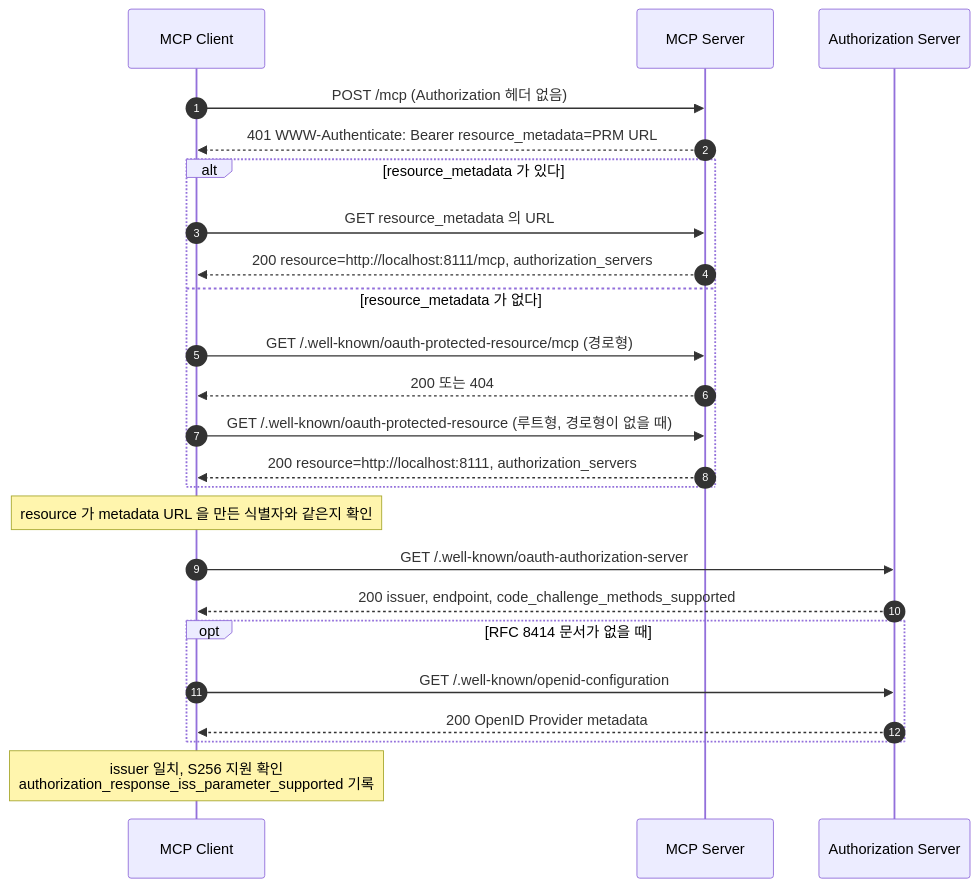
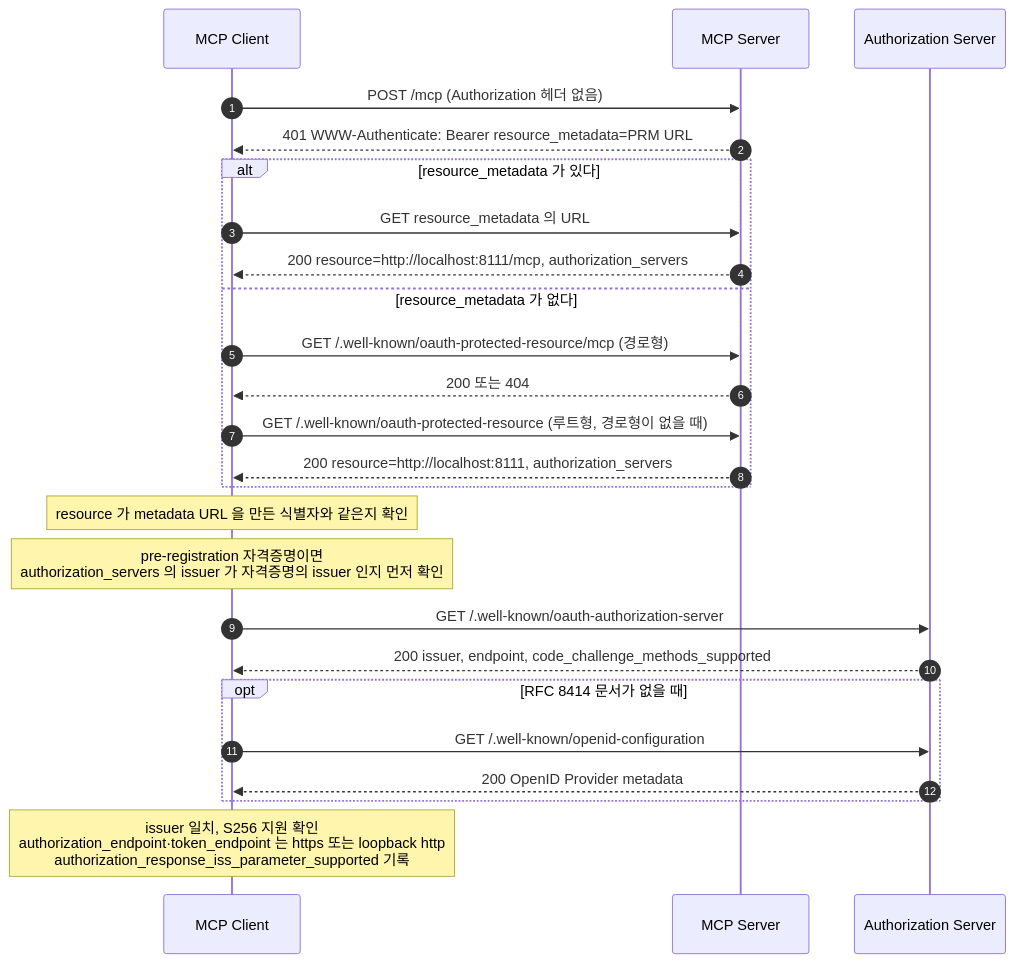
Before and after one commit to starryeye/spring-ai: the sixth of 13 diagrams in practice/MCP-SEQUENCES.md, drawn with Mermaid. The commit also changed other lines of this file and 1 other file, not shown here.

````diff
--- a/practice/MCP-SEQUENCES.md
+++ b/practice/MCP-SEQUENCES.md
@@ -228,26 +248,27 @@
 ```mermaid
 sequenceDiagram
     autonumber
     participant C as MCP Client
     participant M as MCP Server
     participant A as Authorization Server
     C->>M: POST /mcp (Authorization 헤더 없음)
     M-->>C: 401 WWW-Authenticate: Bearer resource_metadata=PRM URL
     alt resource_metadata 가 있다
         C->>M: GET resource_metadata 의 URL
         M-->>C: 200 resource=http://localhost:8111/mcp, authorization_servers
     else resource_metadata 가 없다
         C->>M: GET /.well-known/oauth-protected-resource/mcp (경로형)
         M-->>C: 200 또는 404
         C->>M: GET /.well-known/oauth-protected-resource (루트형, 경로형이 없을 때)
         M-->>C: 200 resource=http://localhost:8111, authorization_servers
     end
     Note over C: resource 가 metadata URL 을 만든 식별자와 같은지 확인
+    Note over C: pre-registration 자격증명이면<br/>authorization_servers 의 issuer 가 자격증명의 issuer 인지 먼저 확인
     C->>A: GET /.well-known/oauth-authorization-server
     A-->>C: 200 issuer, endpoint, code_challenge_methods_supported
     opt RFC 8414 문서가 없을 때
         C->>A: GET /.well-known/openid-configuration
         A-->>C: 200 OpenID Provider metadata
     end
-    Note over C: issuer 일치, S256 지원 확인<br/>authorization_response_iss_parameter_supported 기록
+    Note over C: issuer 일치, S256 지원 확인<br/>authorization_endpoint·token_endpoint 는 https 또는 loopback http<br/>authorization_response_iss_parameter_supported 기록
 ```
````
